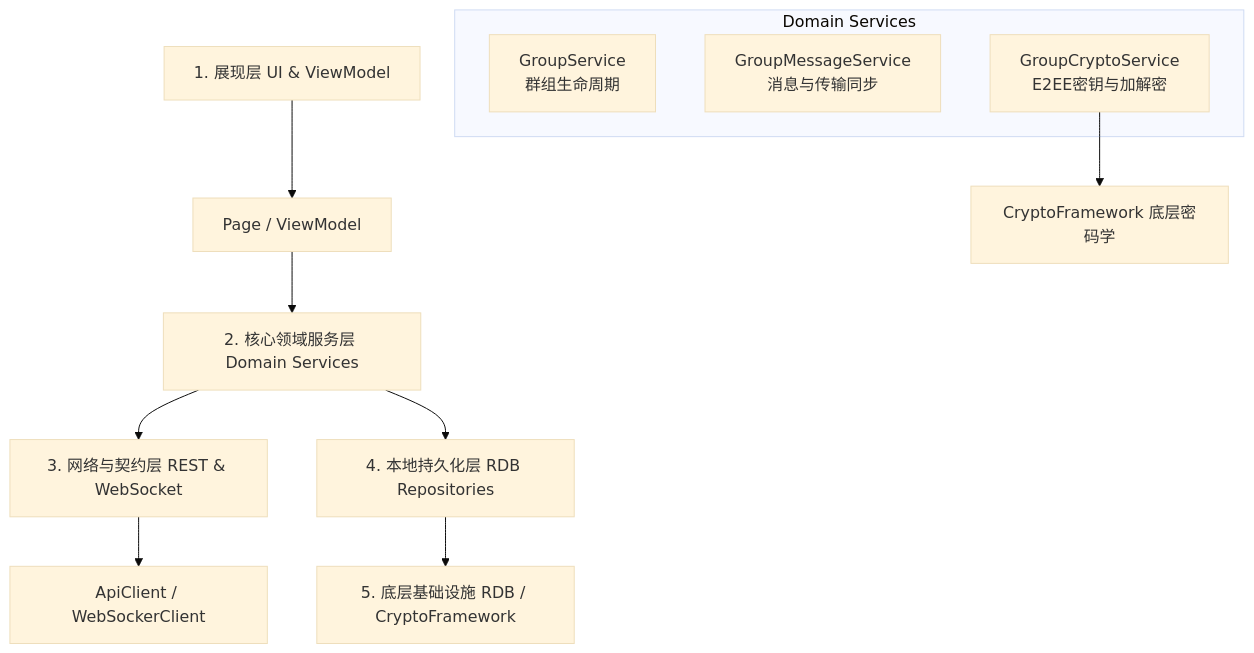
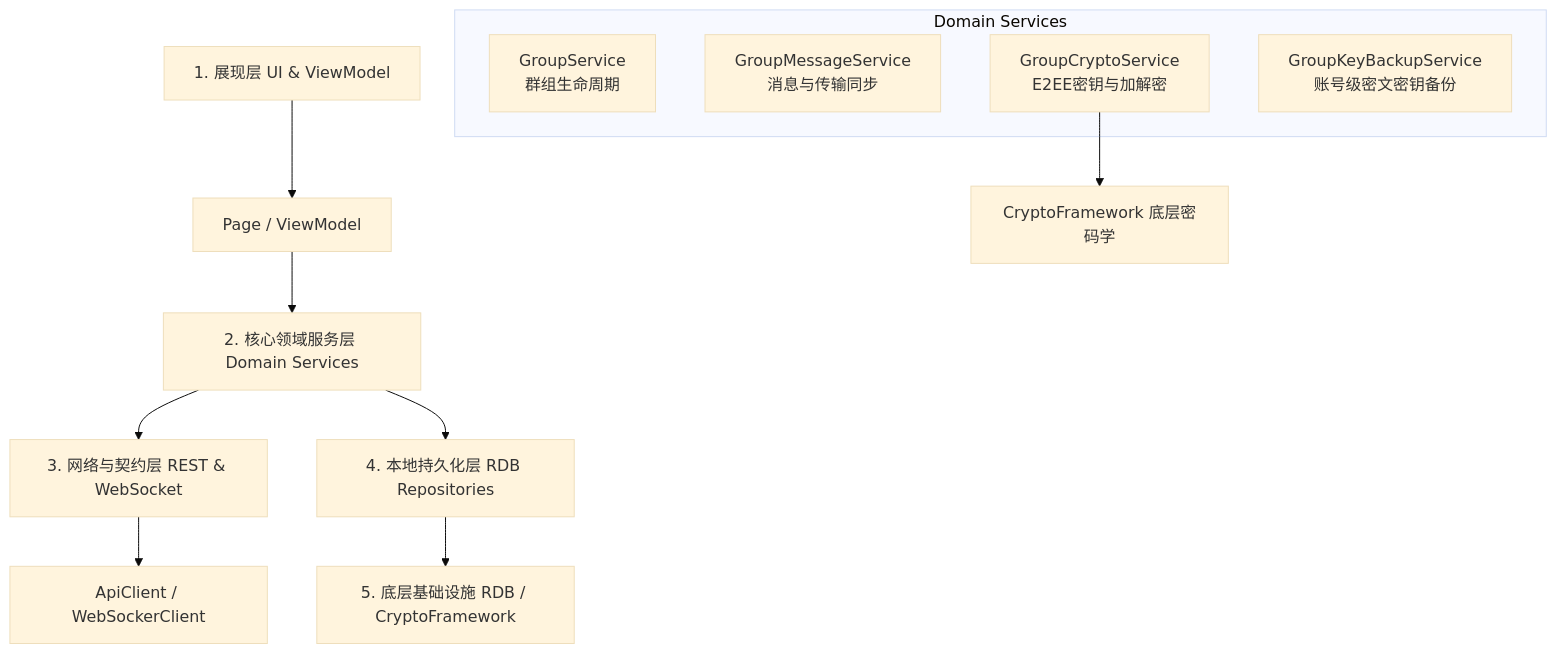
Before and after one commit to Microindole/CourseDrop: the diagram in docs/architecture/group-feature-plan.md, drawn with Mermaid (base theme). The commit also changed other lines of this file and 24 other files, not shown here.

First line of the commit message:
feat(group): complete realtime sync and encrypted key backup

````diff
--- a/docs/architecture/group-feature-plan.md
+++ b/docs/architecture/group-feature-plan.md
@@ -11,15 +11,16 @@
 ```mermaid
 graph TD
     UI[1. 展现层 UI & ViewModel] --> VM[Page / ViewModel]
     VM --> DS[2. 核心领域服务层 Domain Services]
     subgraph Domain Services
         GS[GroupService<br/>群组生命周期]
         GMS[GroupMessageService<br/>消息与传输同步]
         GCS[GroupCryptoService<br/>E2EE密钥与加解密]
+        GKBS[GroupKeyBackupService<br/>账号级密文密钥备份]
     end
     DS --> CONTRACT[3. 网络与契约层 REST & WebSocket]
     DS --> REPO[4. 本地持久化层 RDB Repositories]
     CONTRACT --> API[ApiClient / WebSockerClient]
     REPO --> SQLITE[5. 底层基础设施 RDB / CryptoFramework]
     GCS --> CRYPTO_FRAMEWORK[CryptoFramework 底层密码学]
 ```
````
